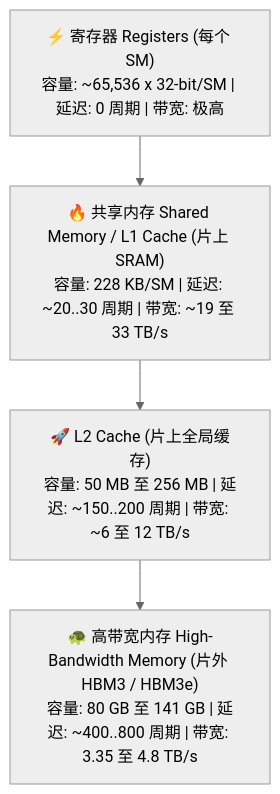
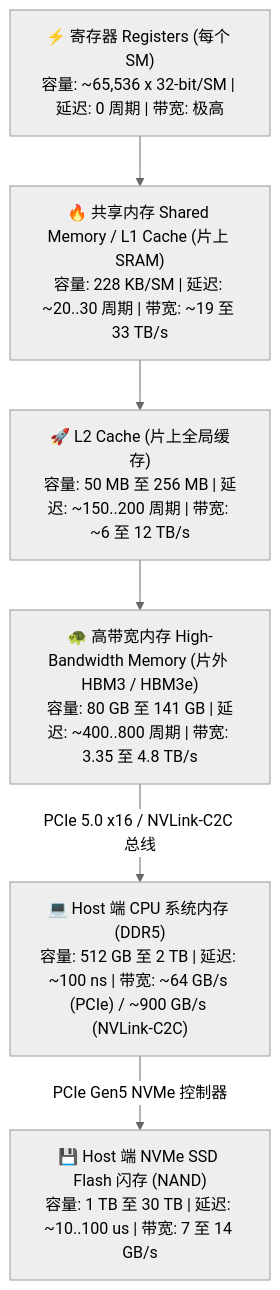
Before and after one commit to Marinette101/vllm-learning-notes: the first of 5 diagrams in docs/zh/04_hardware_and_kernel_optimization.md, drawn with Mermaid (neutral theme). The commit also changed other lines of this file and 1 other file, not shown here.

Commit message:
Extend Module 4 Part 1 with CPU System RAM (DDR5) and NVMe SSD Flash (NAND) storage pyramid tiers for KV Cache Swapping

````diff
--- a/docs/zh/04_hardware_and_kernel_optimization.md
+++ b/docs/zh/04_hardware_and_kernel_optimization.md
@@ -13,6 +13,8 @@
 ```mermaid
 flowchart TD
     REG["⚡ 寄存器 Registers (每个 SM)<br>容量: ~65,536 x 32-bit/SM | 延迟: 0 周期 | 带宽: 极高"] --> SRAM["🔥 共享内存 Shared Memory / L1 Cache (片上 SRAM)<br>容量: 228 KB/SM | 延迟: ~20..30 周期 | 带宽: ~19 至 33 TB/s"]
     SRAM --> L2["🚀 L2 Cache (片上全局缓存)<br>容量: 50 MB 至 256 MB | 延迟: ~150..200 周期 | 带宽: ~6 至 12 TB/s"]
     L2 --> HBM["🐢 高带宽内存 High-Bandwidth Memory (片外 HBM3 / HBM3e)<br>容量: 80 GB 至 141 GB | 延迟: ~400..800 周期 | 带宽: 3.35 至 4.8 TB/s"]
+    HBM -->|"PCIe 5.0 x16 / NVLink-C2C 总线"| CPU_RAM["💻 Host 端 CPU 系统内存 (DDR5)<br>容量: 512 GB 至 2 TB | 延迟: ~100 ns | 带宽: ~64 GB/s (PCIe) / ~900 GB/s (NVLink-C2C)"]
+    CPU_RAM -->|"PCIe Gen5 NVMe 控制器"| NVME["💾 Host 端 NVMe SSD Flash 闪存 (NAND)<br>容量: 1 TB 至 30 TB | 延迟: ~10..100 us | 带宽: 7 至 14 GB/s"]
 ```
````
